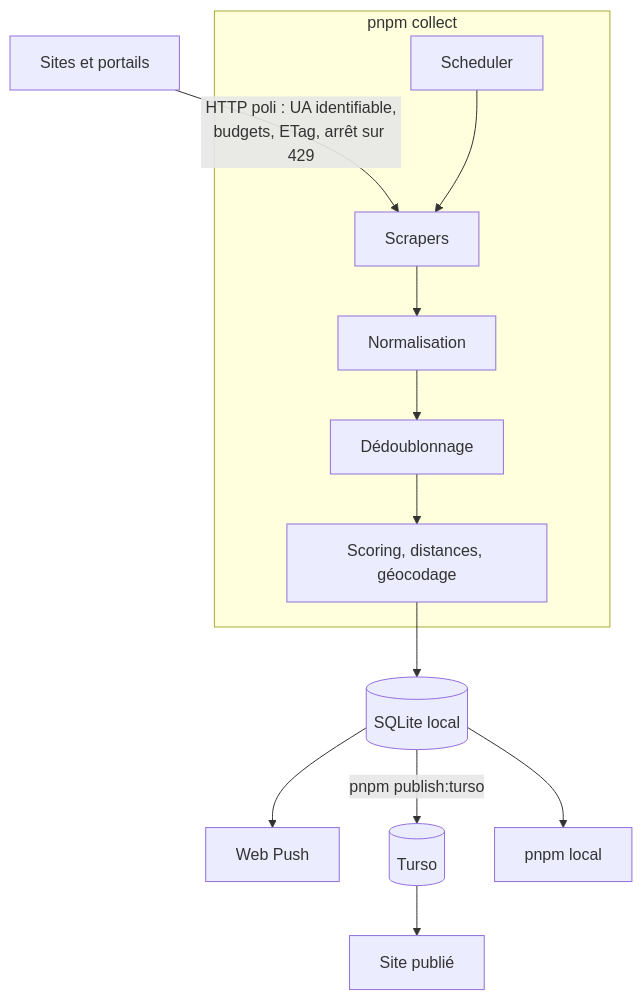
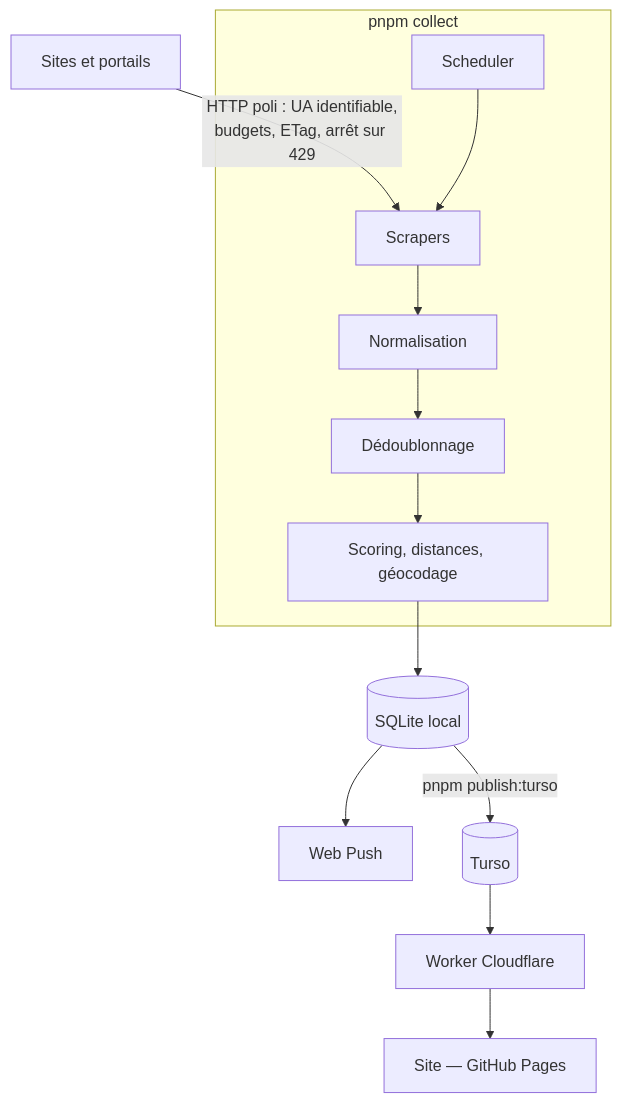
Before and after one commit to WizyxGH/RentFinder: the diagram in docs/architecture.md, drawn with Mermaid. The commit also changed other lines of this file and 15 other files, not shown here.

````diff
--- a/docs/architecture.md
+++ b/docs/architecture.md
@@ -13,13 +13,13 @@
 ```mermaid
 flowchart TB
     SITES[Sites et portails] -->|"HTTP poli : UA identifiable,<br/>budgets, ETag, arrêt sur 429"| SCRAP
     subgraph Collecte["pnpm collect"]
         SCHED[Scheduler] --> SCRAP[Scrapers] --> NORM[Normalisation]
         NORM --> DEDUP[Dédoublonnage] --> SCORE[Scoring, distances, géocodage]
     end
     SCORE --> DB[(SQLite local)]
     DB --> PUSH[Web Push]
     DB -->|pnpm publish:turso| TURSO[(Turso)]
-    TURSO --> WEB[Site publié]
-    DB --> LOCAL[pnpm local]
+    TURSO --> WORKER[Worker Cloudflare]
+    WORKER --> WEB[Site — GitHub Pages]
 ```
````
